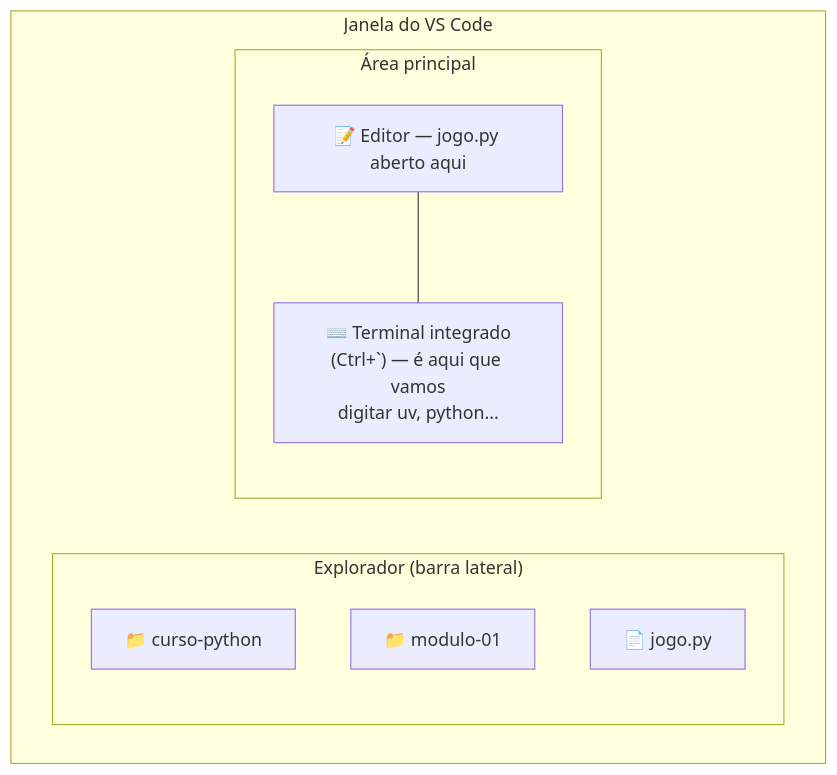
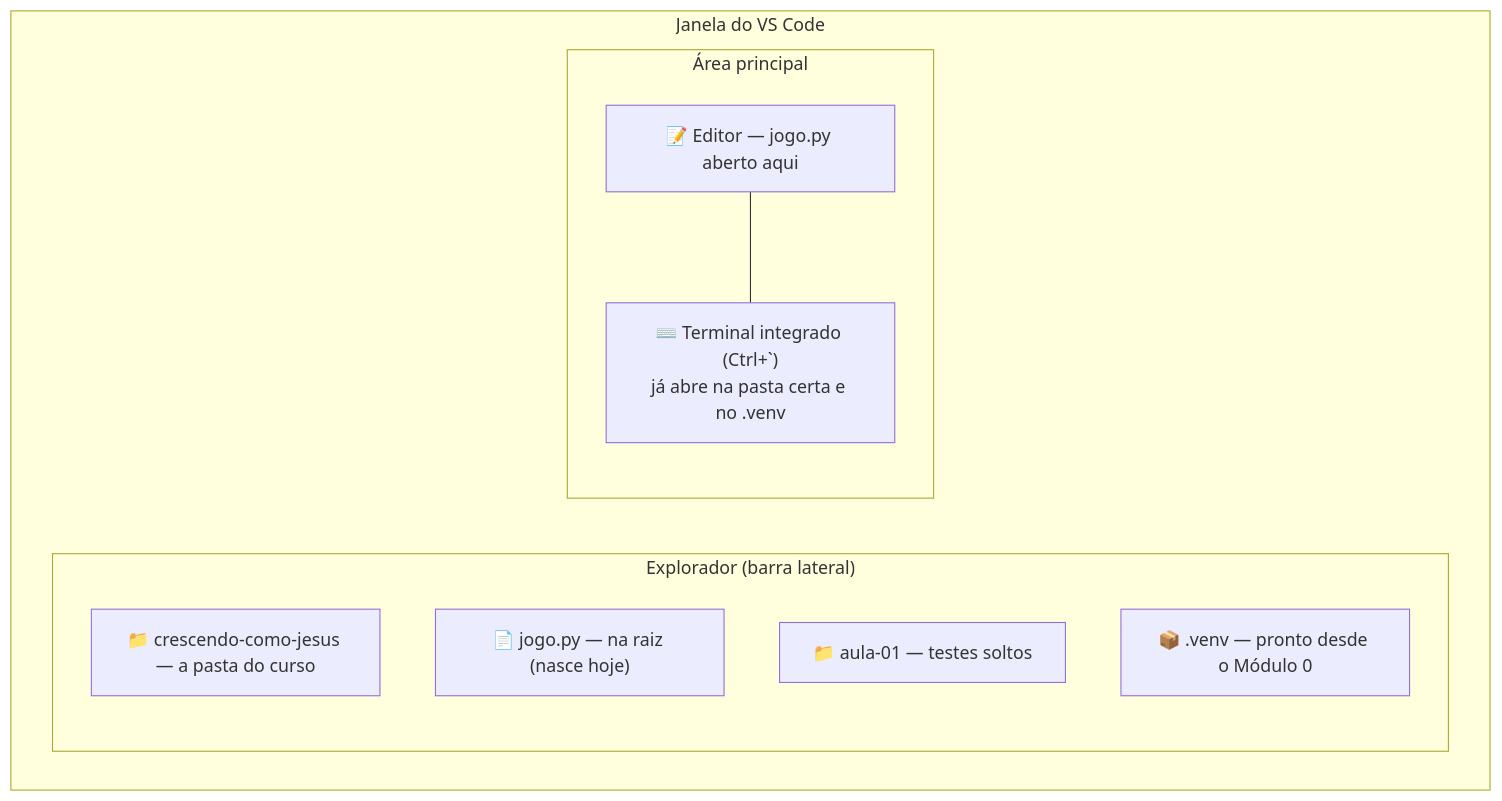
One commit to frzanini/cursopythonkids changed the first of 2 diagrams in docs/modulo-01-conhecendo-a-programacao/material-professor.md. Above: the diagram before and after it, drawn with Mermaid. The commit also changed other lines of this file and 2 other files, not shown here.

First line of the commit message:
Modulo 1: remove preparacao de ambiente (agora Modulo 0) e reescreve didatico

````diff
--- a/docs/modulo-01-conhecendo-a-programacao/material-professor.md
+++ b/docs/modulo-01-conhecendo-a-programacao/material-professor.md
@@ -78,18 +87,19 @@
 ```mermaid
 flowchart TB
     subgraph VSCode["Janela do VS Code"]
         direction LR
         subgraph Sidebar["Explorador (barra lateral)"]
             direction TB
-            f1["📁 curso-python"]
-            f2["📁 modulo-01"]
-            f3["📄 jogo.py"]
+            f1["📁 crescendo-como-jesus — a pasta do curso"]
+            f2["📄 jogo.py — na raiz (nasce hoje)"]
+            f3["📁 aula-01 — testes soltos"]
+            f4["📦 .venv — pronto desde o Módulo 0"]
         end
         subgraph Main["Área principal"]
             direction TB
             editor["📝 Editor — jogo.py aberto aqui"]
-            terminal["⌨️ Terminal integrado<br/>(Ctrl+ˋ) — é aqui que vamos<br/>digitar uv, python..."]
+            terminal["⌨️ Terminal integrado (Ctrl+ˋ)<br/>já abre na pasta certa e no .venv"]
             editor --- terminal
         end
     end
 ```
````
